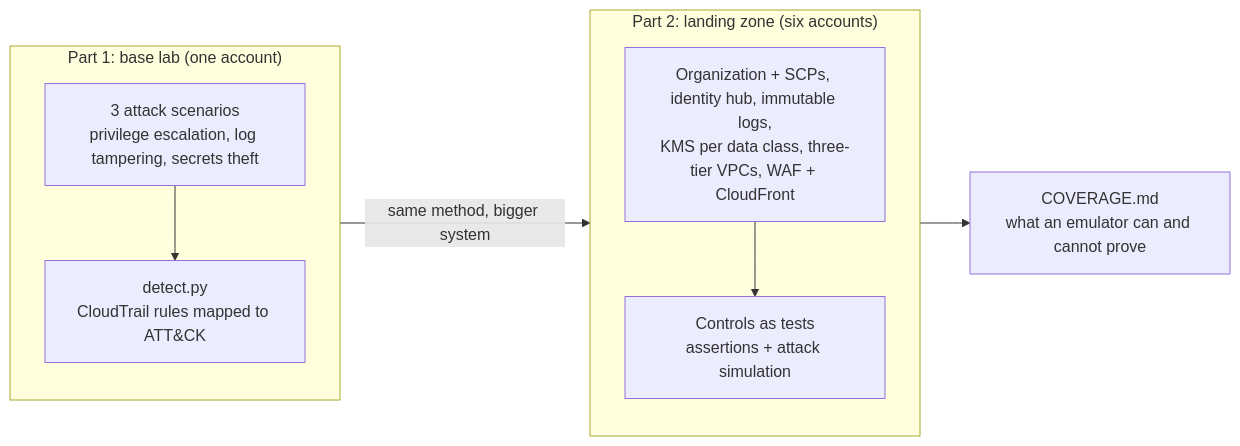
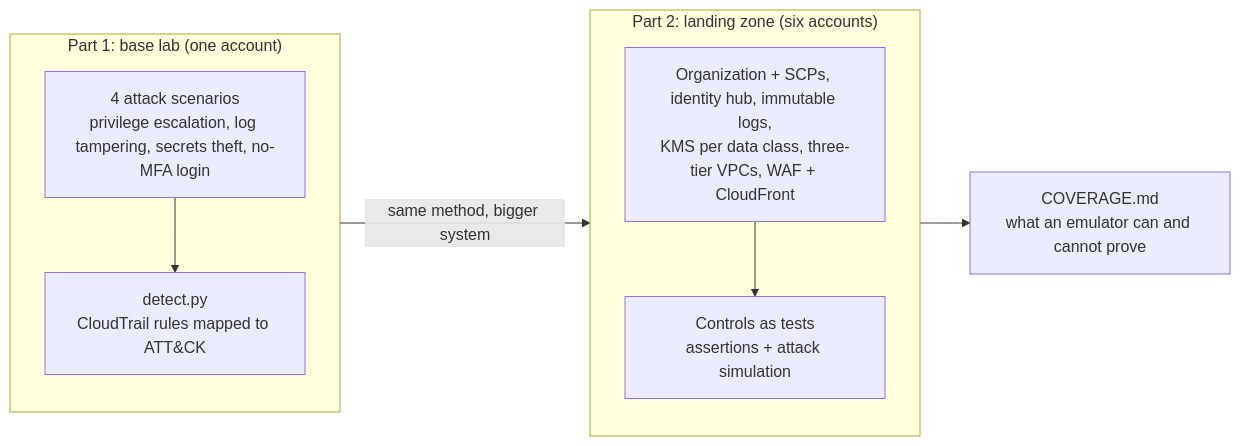
One commit to roshanrt/aws-security-lab changed the diagram in README.md. Above: the diagram before and after it, drawn with Mermaid. The commit also changed other lines of this file and 9 other files, not shown here.

````diff
--- a/README.md
+++ b/README.md
@@ -13,17 +13,17 @@
 ```mermaid
 flowchart LR
   subgraph P1["Part 1: base lab (one account)"]
     direction TB
-    S1["3 attack scenarios<br/>privilege escalation, log tampering, secrets theft"]
+    S1["4 attack scenarios<br/>privilege escalation, log tampering, secrets theft, no-MFA login"]
     D1["detect.py<br/>CloudTrail rules mapped to ATT&CK"]
     S1 --> D1
   end
   subgraph P2["Part 2: landing zone (six accounts)"]
     direction TB
     L["Organization + SCPs, identity hub, immutable logs,<br/>KMS per data class, three-tier VPCs, WAF + CloudFront"]
     T["Controls as tests<br/>assertions + attack simulation"]
     L --> T
   end
   P1 -->|"same method, bigger system"| P2
   P2 --> C["COVERAGE.md<br/>what an emulator can and cannot prove"]
 ```
````
